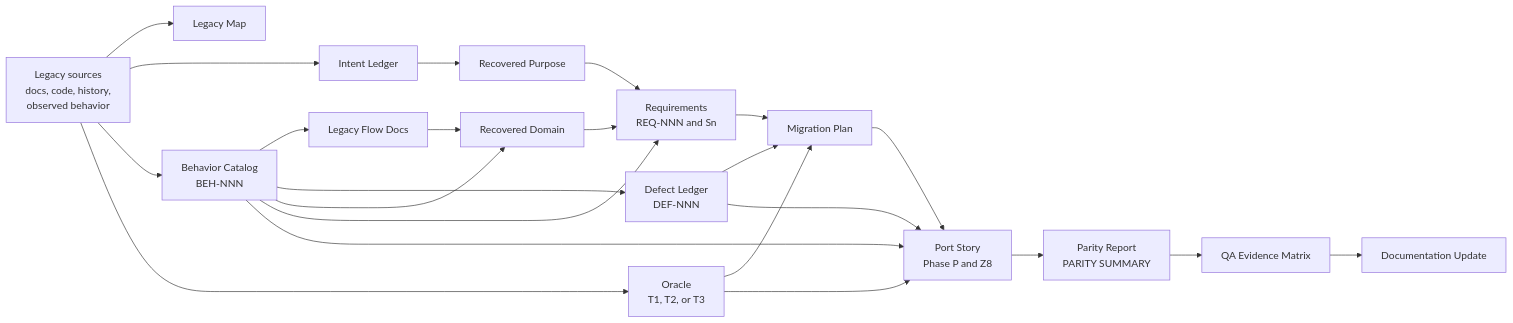
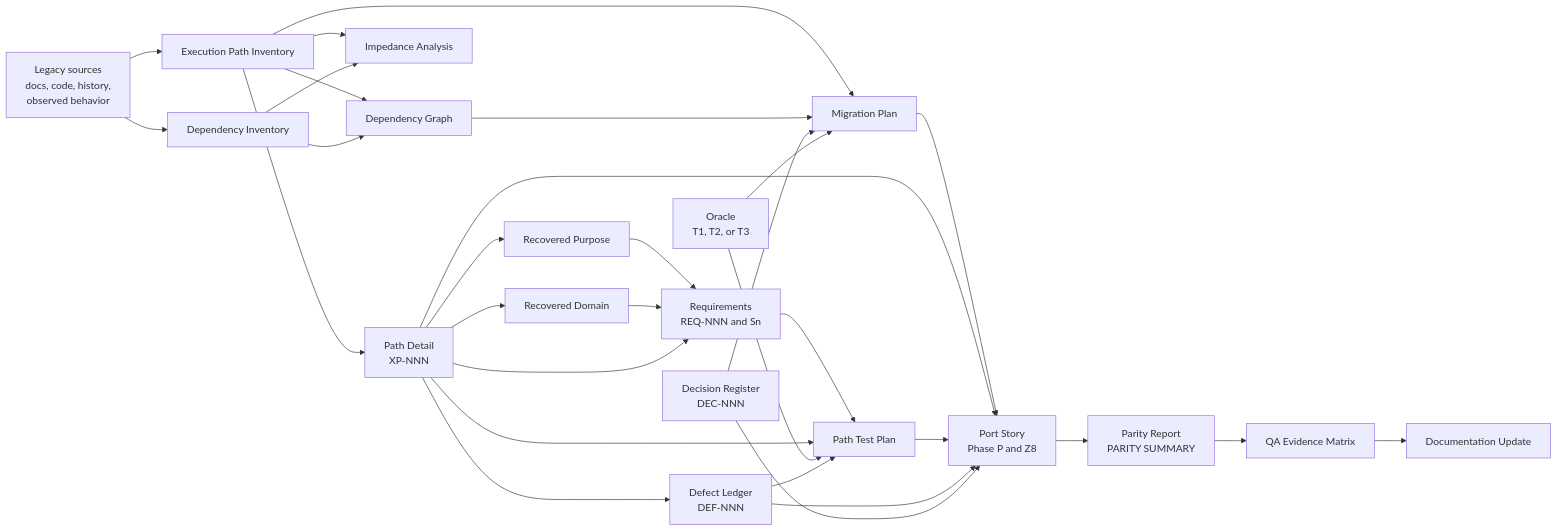
Before and after one commit to PhilipTeitel/Artifact-Driven-Development: the second of 2 diagrams in TRACEABILITY.md, drawn with Mermaid. The commit also changed other lines of this file and 69 other files, not shown here.

````diff
--- a/TRACEABILITY.md
+++ b/TRACEABILITY.md
@@ -62,41 +62,51 @@
 ```mermaid
 flowchart LR
     legacySources["Legacy sources<br/>docs, code, history,<br/>observed behavior"]
-    legacyMap["Legacy Map"]
-    intentLedger["Intent Ledger"]
-    behaviorCatalog["Behavior Catalog<br/>BEH-NNN"]
-    flowDocs["Legacy Flow Docs"]
+    pathInv["Execution Path Inventory"]
+    depInv["Dependency Inventory"]
+    depGraph["Dependency Graph"]
+    impedance["Impedance Analysis"]
+    pathDetail["Path Detail<br/>XP-NNN"]
     defectLedger["Defect Ledger<br/>DEF-NNN"]
+    decReg["Decision Register<br/>DEC-NNN"]
     oracle["Oracle<br/>T1, T2, or T3"]
     recoveredPurpose["Recovered Purpose"]
     recoveredDomain["Recovered Domain"]
     requirements["Requirements<br/>REQ-NNN and Sn"]
+    testPlan["Path Test Plan"]
     migrationPlan["Migration Plan"]
     portStory["Port Story<br/>Phase P and Z8"]
     parityReport["Parity Report<br/>PARITY SUMMARY"]
     qaEvidence["QA Evidence Matrix"]
     docsUpdate["Documentation Update"]
 
-    legacySources --> legacyMap
-    legacySources --> intentLedger
-    legacySources --> behaviorCatalog
-    behaviorCatalog --> flowDocs
-    behaviorCatalog --> defectLedger
-    legacySources --> oracle
-    intentLedger --> recoveredPurpose
-    behaviorCatalog --> recoveredDomain
-    flowDocs --> recoveredDomain
+    legacySources --> pathInv
+    legacySources --> depInv
+    pathInv --> depGraph
+    depInv --> depGraph
+    pathInv --> impedance
+    depInv --> impedance
+    pathInv --> pathDetail
+    pathDetail --> defectLedger
+    pathDetail --> recoveredPurpose
+    pathDetail --> recoveredDomain
     recoveredPurpose --> requirements
     recoveredDomain --> requirements
-    behaviorCatalog --> requirements
-    requirements --> migrationPlan
+    pathDetail --> requirements
+    requirements --> testPlan
+    pathDetail --> testPlan
+    oracle --> testPlan
+    defectLedger --> testPlan
+    pathInv --> migrationPlan
+    depGraph --> migrationPlan
+    decReg --> migrationPlan
     oracle --> migrationPlan
-    defectLedger --> migrationPlan
     migrationPlan --> portStory
-    behaviorCatalog --> portStory
-    oracle --> portStory
+    pathDetail --> portStory
+    testPlan --> portStory
     defectLedger --> portStory
+    decReg --> portStory
     portStory --> parityReport
     parityReport --> qaEvidence
     qaEvidence --> docsUpdate
 ```
````
